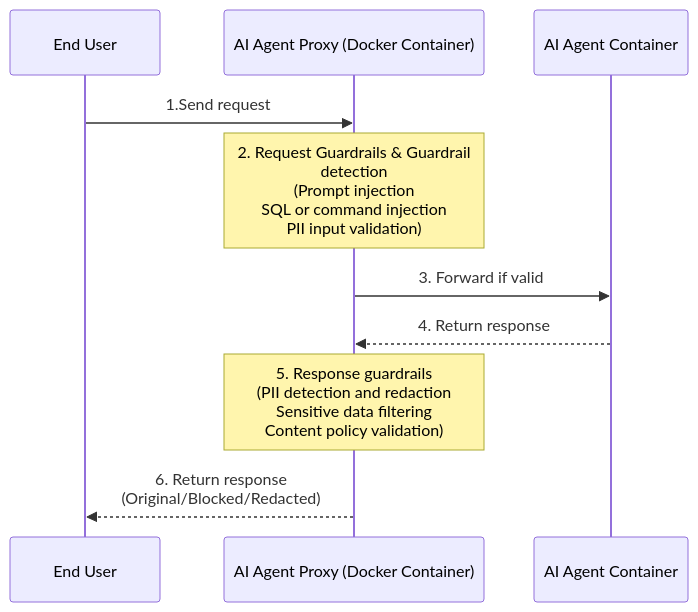
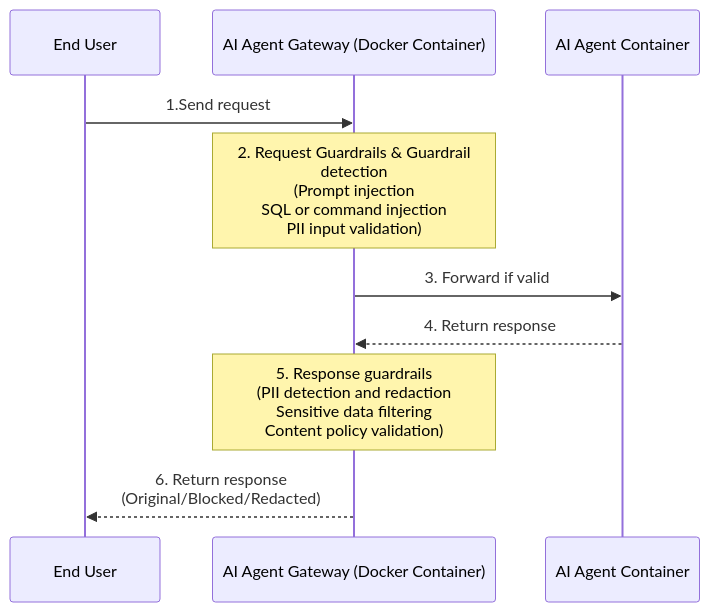
The diagram in agentic-guardrails/overview/akto-agent-proxy.md (akto-api-security/Documentation), drawn with Mermaid before and after one commit. The commit also changed other lines of this file and 8 other files, not shown here.

Commit message:
changing the word proxy to gateway in the docs

````diff
--- a/agentic-guardrails/overview/akto-agent-proxy.md
+++ b/agentic-guardrails/overview/akto-agent-proxy.md
@@ -20,17 +20,17 @@
 ```mermaid
 sequenceDiagram
     participant U as End User
-    participant P as AI Agent Proxy (Docker Container)   
+    participant P as AI Agent Gateway (Docker Container)   
     participant A as AI Agent Container
 
     U ->> P: 1.Send request
 
     Note over P: 2. Request Guardrails & Guardrail<br>detection<br>(Prompt injection<br>SQL or command injection<br>PII input validation)
 
     P ->> A: 3. Forward if valid
     A -->> P: 4. Return response
 
     Note over P: 5. Response guardrails<br>(PII detection and redaction<br>Sensitive data filtering<br>Content policy validation)
 
     P -->> U: 6. Return response<br> (Original/Blocked/Redacted)
 ```
````
